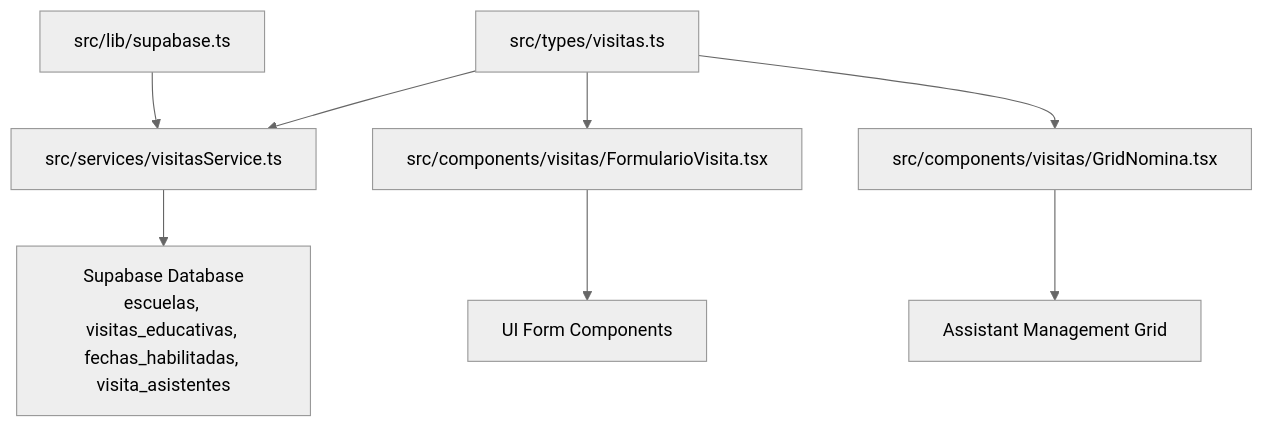
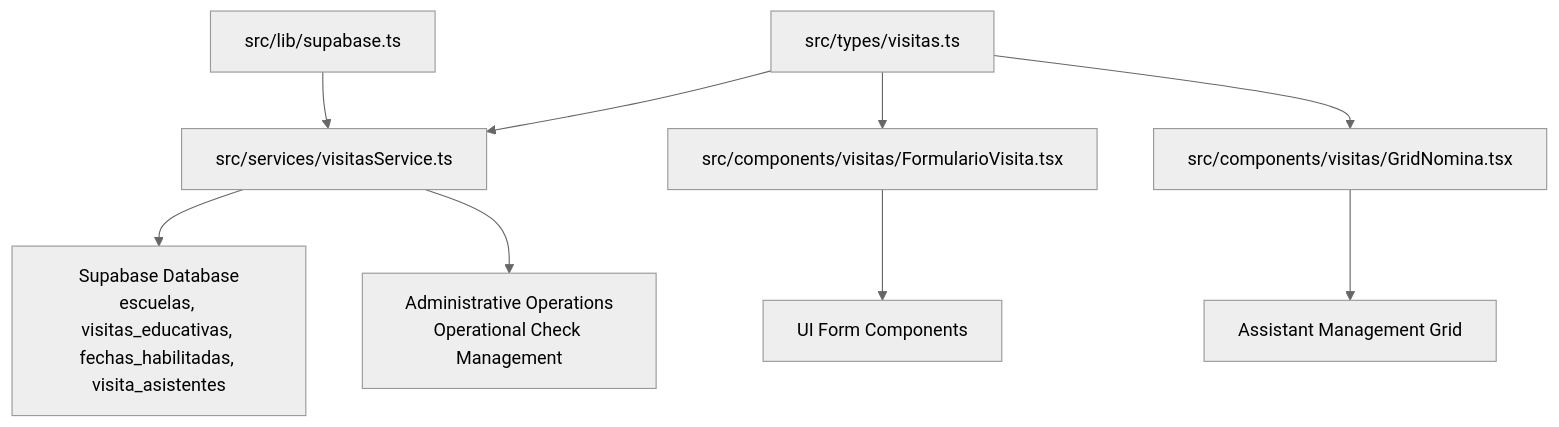
The first of 4 diagrams in .qoder/repowiki/en/content/Data Models & Type System.md (AgusCatra/simu-twin-web), drawn with Mermaid (neutral theme) before and after one commit. The commit also changed other lines of this file and 21 other files, not shown here.

````diff
--- a/.qoder/repowiki/en/content/Data Models & Type System.md
+++ b/.qoder/repowiki/en/content/Data Models & Type System.md
@@ -37,10 +38,11 @@
 ```mermaid
 graph TB
 A["src/types/visitas.ts"] --> B["src/services/visitasService.ts"]
 C["src/lib/supabase.ts"] --> B
 B --> D["Supabase Database<br/>escuelas, visitas_educativas, fechas_habilitadas, visita_asistentes"]
 A --> E["src/components/visitas/FormularioVisita.tsx"]
 A --> F["src/components/visitas/GridNomina.tsx"]
 E --> G["UI Form Components"]
 F --> H["Assistant Management Grid"]
+B --> I["Administrative Operations<br/>Operational Check Management"]
 ```
````
